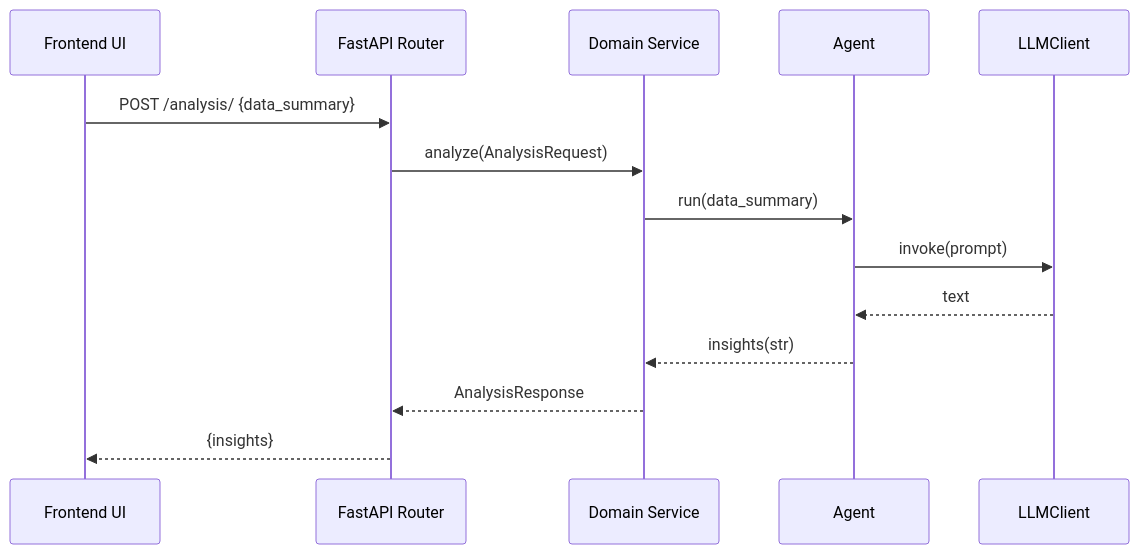
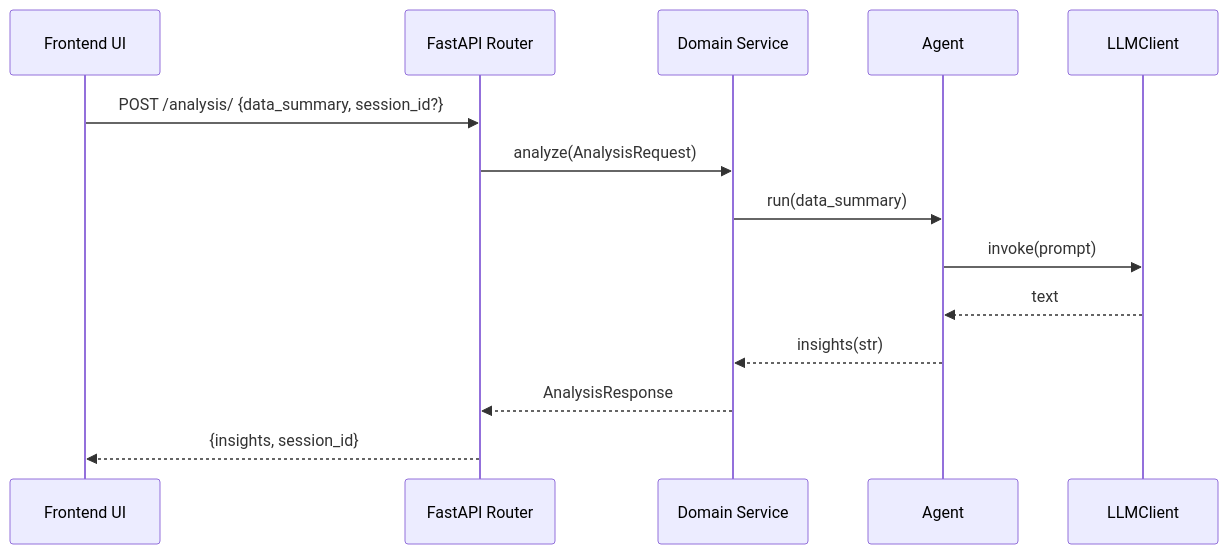
Before and after one commit to genilab/sensible-forms: the second of 3 diagrams in docs/example-data-flow.md, drawn with Mermaid. The commit also changed other lines of this file and 48 other files, not shown here.

````diff
--- a/docs/example-data-flow.md
+++ b/docs/example-data-flow.md
@@ -71,17 +80,17 @@
 ```mermaid
 sequenceDiagram
   participant UI as Frontend UI
   participant API as FastAPI Router
   participant SVC as Domain Service
   participant AG as Agent
   participant LLM as LLMClient
 
-  UI->>API: POST /analysis/ {data_summary}
+  UI->>API: POST /analysis/ {data_summary, session_id?}
   API->>SVC: analyze(AnalysisRequest)
   SVC->>AG: run(data_summary)
   AG->>LLM: invoke(prompt)
   LLM-->>AG: text
   AG-->>SVC: insights(str)
   SVC-->>API: AnalysisResponse
-  API-->>UI: {insights}
+  API-->>UI: {insights, session_id}
 ```
````
